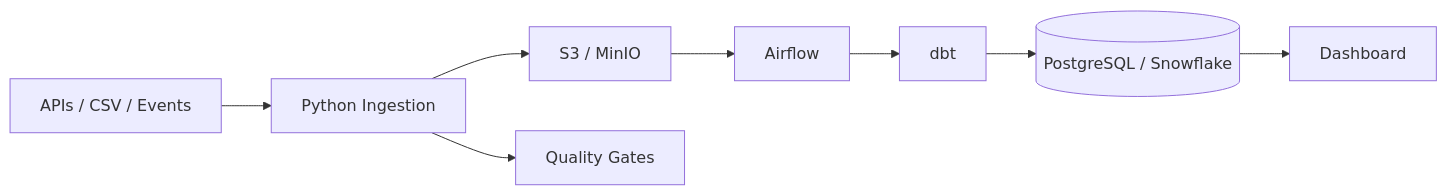
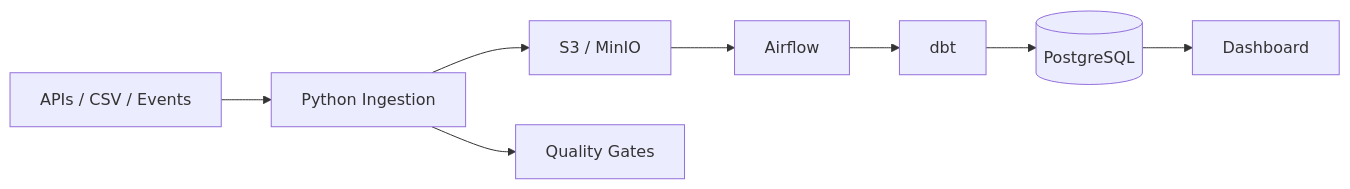
Before and after one commit to AloneRider-pixel/cloud-data-platform: the diagram in README.md, drawn with Mermaid. The commit also changed other lines of this file, not shown here.

Commit message:
docs: distinguish PostgreSQL support from Snowflake roadmap

````diff
--- a/README.md
+++ b/README.md
@@ -21,10 +21,10 @@
 ```mermaid
 graph LR
     SRC[APIs / CSV / Events] --> ING[Python Ingestion]
     ING --> RAW[S3 / MinIO]
     RAW --> AIR[Airflow]
     AIR --> DBT[dbt]
-    DBT --> WH[(PostgreSQL / Snowflake)]
+    DBT --> WH[(PostgreSQL)]
     WH --> BI[Dashboard]
     ING --> Q[Quality Gates]
 ```
````
